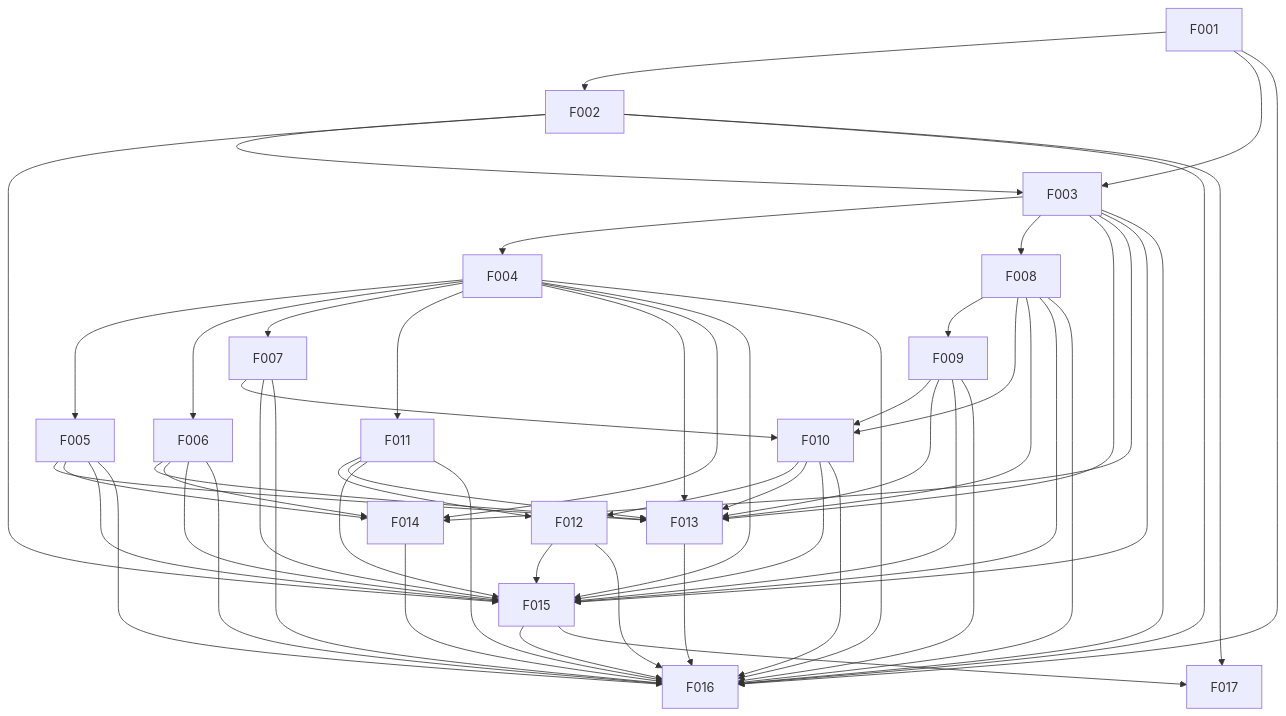
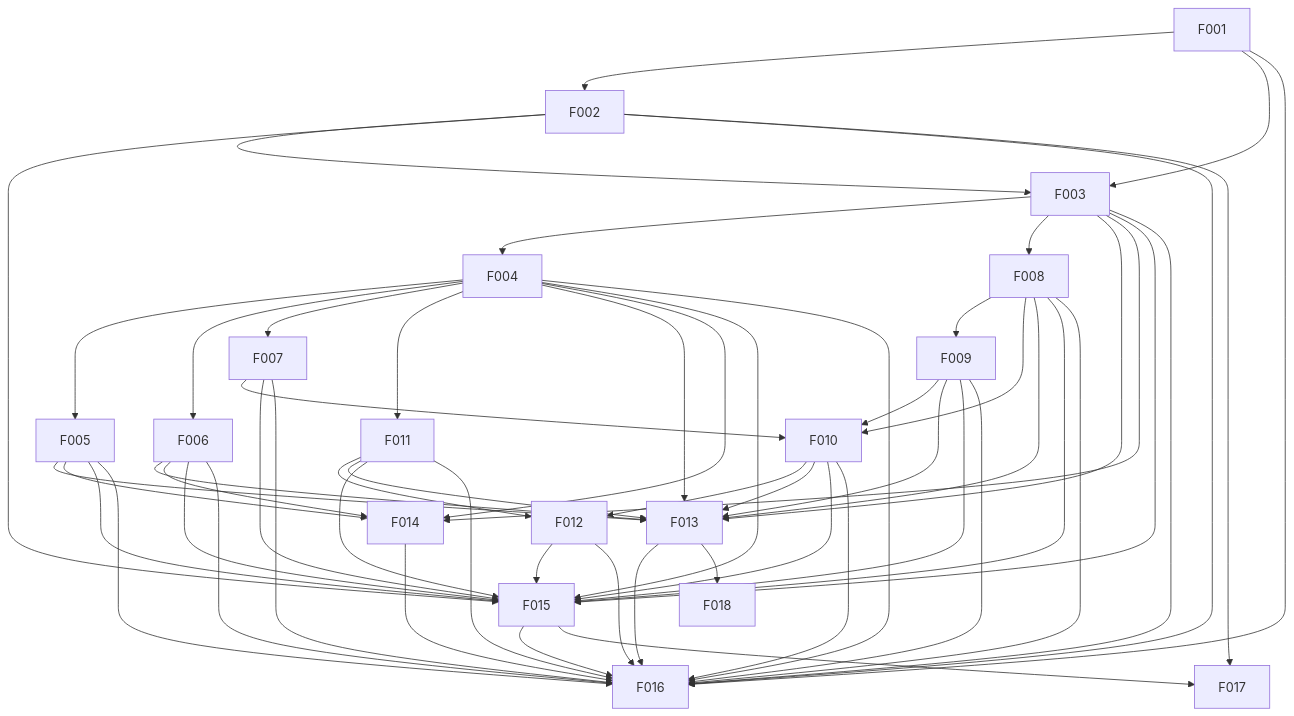
One commit to 47oo/csm changed the diagram in docs/project/dependency-map.md. Above: the diagram before and after it, drawn with Mermaid. The commit also changed other lines of this file and 4 other files, not shown here.

````diff
--- a/docs/project/dependency-map.md
+++ b/docs/project/dependency-map.md
@@ -9,75 +9,77 @@
 ```mermaid
 flowchart TD
     n0["F001"]
     n1["F002"]
     n2["F003"]
     n3["F004"]
     n4["F005"]
     n5["F006"]
     n6["F007"]
     n7["F008"]
     n8["F009"]
     n9["F010"]
     n10["F011"]
     n11["F012"]
     n12["F013"]
     n13["F014"]
     n14["F015"]
     n15["F016"]
     n16["F017"]
+    n17["F018"]
     n0 --> n1
     n0 --> n2
     n1 --> n2
     n2 --> n3
     n3 --> n4
     n3 --> n5
     n3 --> n6
     n2 --> n7
     n7 --> n8
     n6 --> n9
     n7 --> n9
     n8 --> n9
     n3 --> n10
     n9 --> n11
     n10 --> n11
     n2 --> n12
     n3 --> n12
     n4 --> n12
     n5 --> n12
     n7 --> n12
     n8 --> n12
     n9 --> n12
     n10 --> n12
     n2 --> n13
     n3 --> n13
     n4 --> n13
     n5 --> n13
     n1 --> n14
     n2 --> n14
     n3 --> n14
     n4 --> n14
     n5 --> n14
     n6 --> n14
     n7 --> n14
     n8 --> n14
     n9 --> n14
     n10 --> n14
     n11 --> n14
     n0 --> n15
     n1 --> n15
     n2 --> n15
     n3 --> n15
     n4 --> n15
     n5 --> n15
     n6 --> n15
     n7 --> n15
     n8 --> n15
     n9 --> n15
     n10 --> n15
     n11 --> n15
     n12 --> n15
     n13 --> n15
     n14 --> n15
     n1 --> n16
     n14 --> n16
+    n12 --> n17
 ```
````
